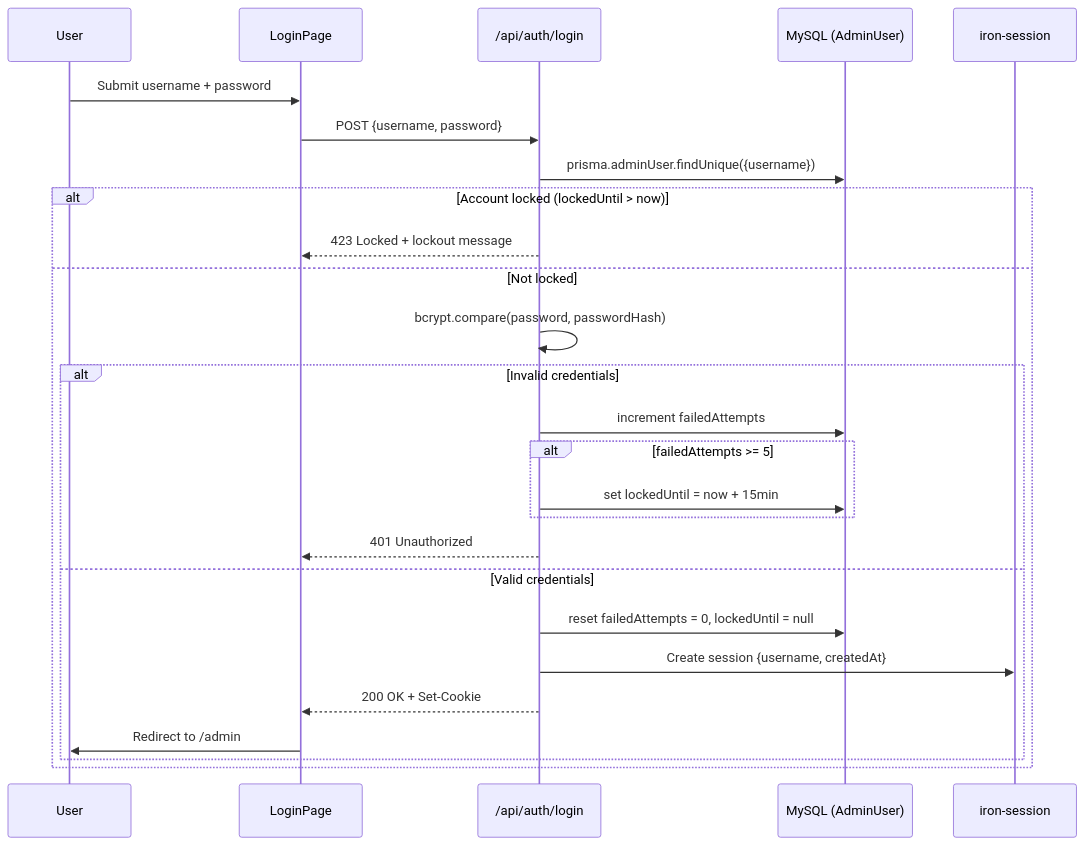
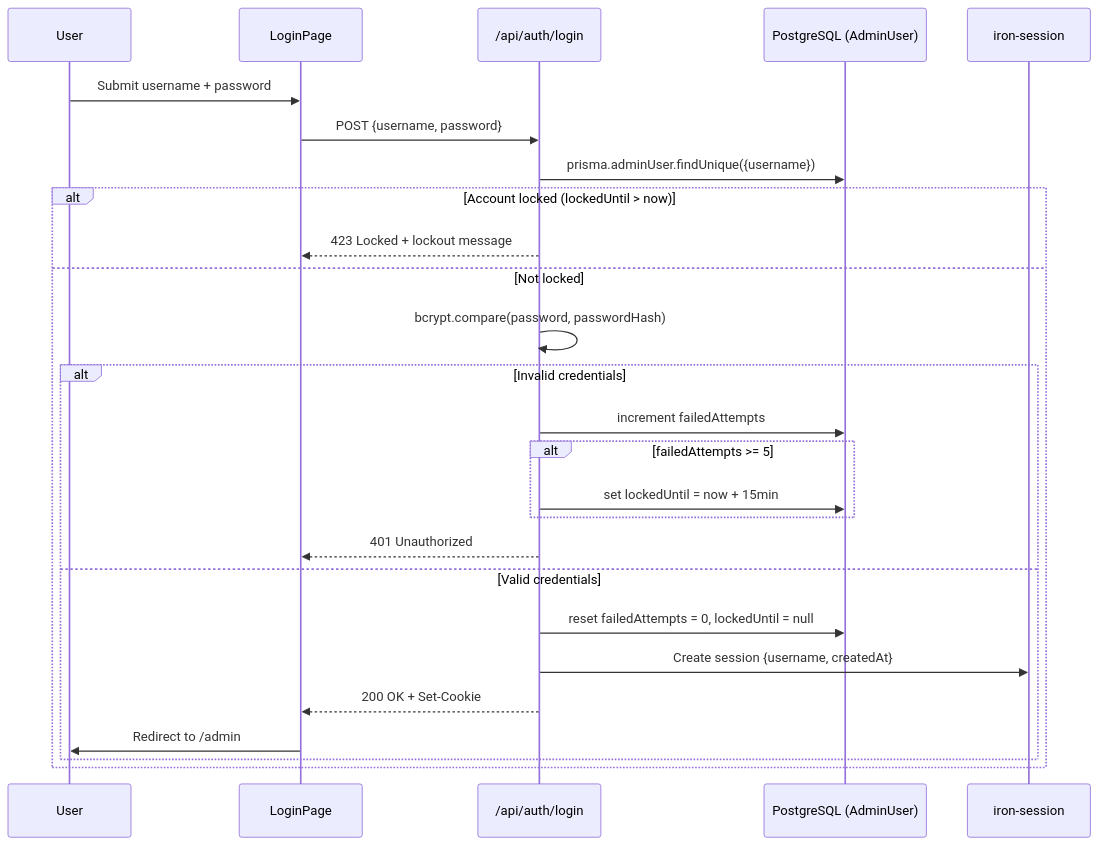
Before and after one commit to masalagosimon442-dotcom/Mbita-emmanuel: the third of 3 diagrams in .kiro/specs/professor-personal-website/design.md, drawn with Mermaid. The commit also changed other lines of this file and 78 other files, not shown here.

````diff
--- a/.kiro/specs/professor-personal-website/design.md
+++ b/.kiro/specs/professor-personal-website/design.md
@@ -608,29 +608,29 @@
 ```mermaid
 sequenceDiagram
     participant User
     participant LoginPage
     participant AuthAPI as /api/auth/login
-    participant DB as MySQL (AdminUser)
+    participant DB as PostgreSQL (AdminUser)
     participant Session as iron-session
 
     User->>LoginPage: Submit username + password
     LoginPage->>AuthAPI: POST {username, password}
     AuthAPI->>DB: prisma.adminUser.findUnique({username})
     alt Account locked (lockedUntil > now)
         AuthAPI-->>LoginPage: 423 Locked + lockout message
     else Not locked
         AuthAPI->>AuthAPI: bcrypt.compare(password, passwordHash)
         alt Invalid credentials
             AuthAPI->>DB: increment failedAttempts
             alt failedAttempts >= 5
                 AuthAPI->>DB: set lockedUntil = now + 15min
             end
             AuthAPI-->>LoginPage: 401 Unauthorized
         else Valid credentials
             AuthAPI->>DB: reset failedAttempts = 0, lockedUntil = null
             AuthAPI->>Session: Create session {username, createdAt}
             AuthAPI-->>LoginPage: 200 OK + Set-Cookie
             LoginPage->>User: Redirect to /admin
         end
     end
 ```
````
